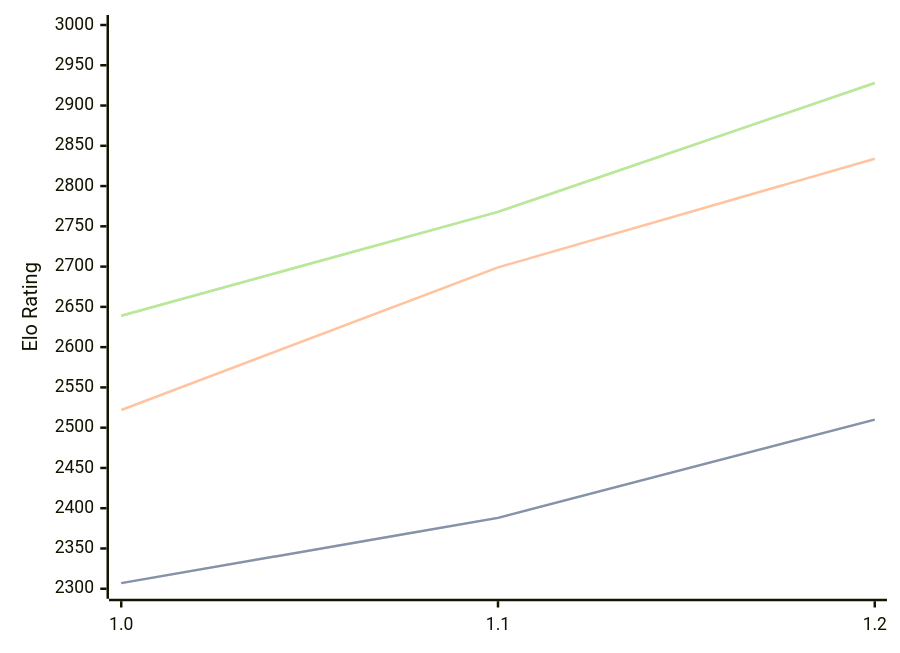
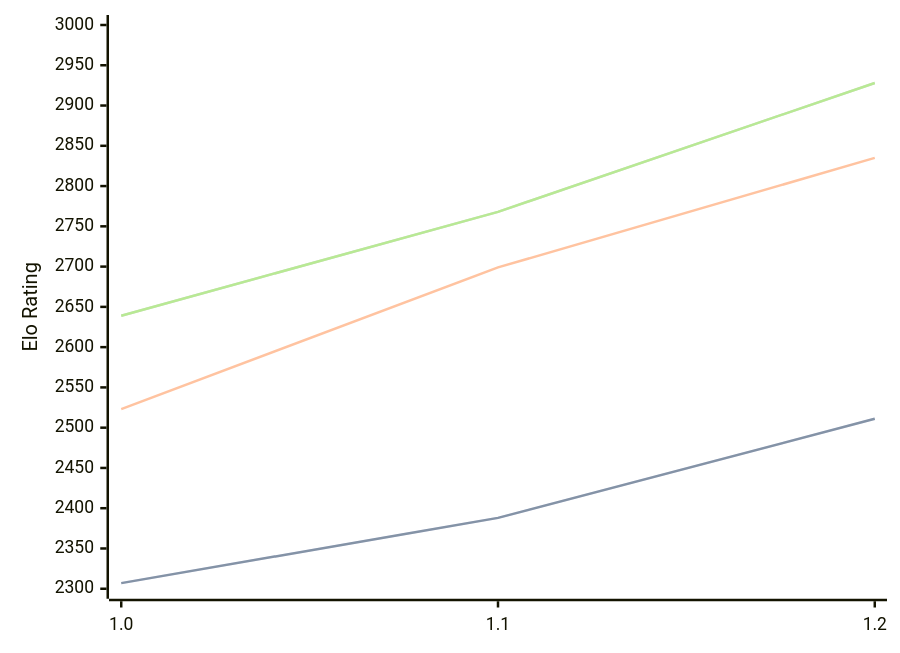
Before and after one commit to computer-chess-index/cci: the diagram in engines/FoxChess.md, drawn with Mermaid. The commit also changed other lines of this file, not shown here.

````diff
--- a/engines/FoxChess.md
+++ b/engines/FoxChess.md
@@ -33,11 +33,11 @@
 ```mermaid
 %%{init: {"theme":"base","themeVariables":{"seriesColors:['#a3a3a3','#222221','#faa371']}}}%%
 xychart-beta
   x-axis ["1.0", "1.1", "1.2"]
   y-axis "Elo Rating" 2300 --> 3000
-  line "STC (8.0+0.08s)" [2307, 2388, 2510]
-  line "STC (8.0+0.08s)" [2307, 2388, 2510]
-  line "LTC (60.0+0.60s)" [2522, 2699, 2834]
+  line "STC (8.0+0.08s)" [2307, 2388, 2511]
+  line "STC (8.0+0.08s)" [2307, 2388, 2511]
+  line "LTC (60.0+0.60s)" [2523, 2699, 2835]
   line "VLTC (2m24s+1.12s)" [2639, 2768, 2928]
   line "VLTC (2m24s+1.12s)" [2639, 2768, 2928]
 ```
````
